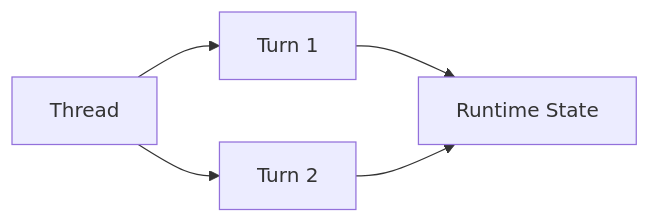
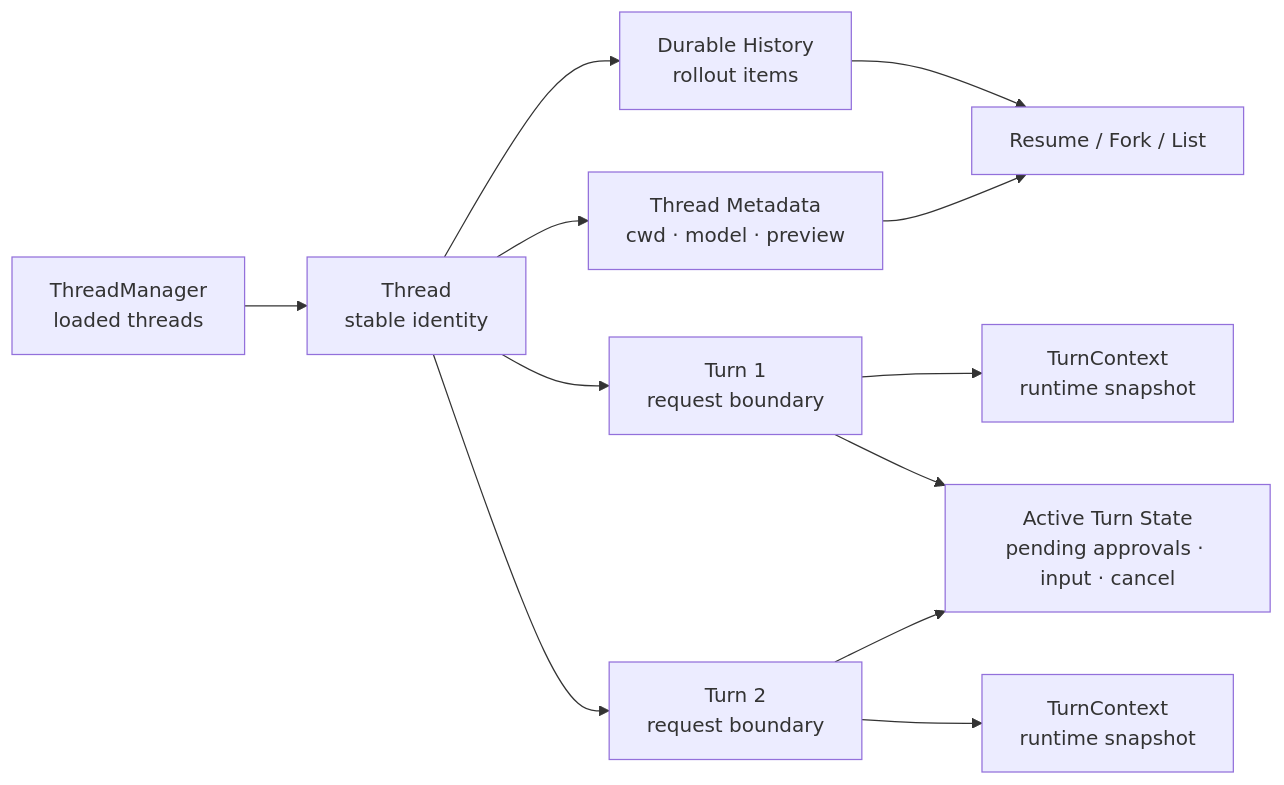
Before and after one commit to zz1403489227-crypto/learn-codex: the diagram in s14_threads_turns_and_state/README.md, drawn with Mermaid. The commit also changed other lines of this file and 4 other files, not shown here.

````diff
--- a/s14_threads_turns_and_state/README.md
+++ b/s14_threads_turns_and_state/README.md
@@ -3,7 +3,14 @@
 ```mermaid
 flowchart LR
-    T["Thread"] --> U1["Turn 1"]
-    T --> U2["Turn 2"]
-    U1 --> S["Runtime State"]
-    U2 --> S
+    M["ThreadManager<br/>loaded threads"] --> T["Thread<br/>stable identity"]
+    T --> H["Durable History<br/>rollout items"]
+    T --> MD["Thread Metadata<br/>cwd · model · preview"]
+    T --> U1["Turn 1<br/>request boundary"]
+    T --> U2["Turn 2<br/>request boundary"]
+    U1 --> C1["TurnContext<br/>runtime snapshot"]
+    U2 --> C2["TurnContext<br/>runtime snapshot"]
+    U1 --> R["Active Turn State<br/>pending approvals · input · cancel"]
+    U2 --> R
+    H --> S["Resume / Fork / List"]
+    MD --> S
 ```
````
